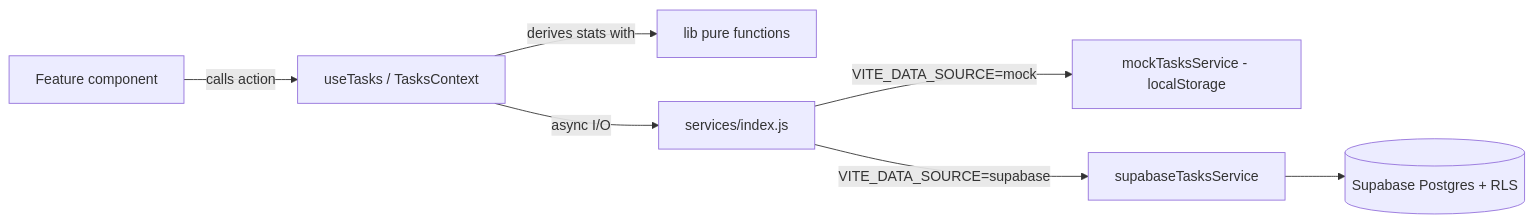
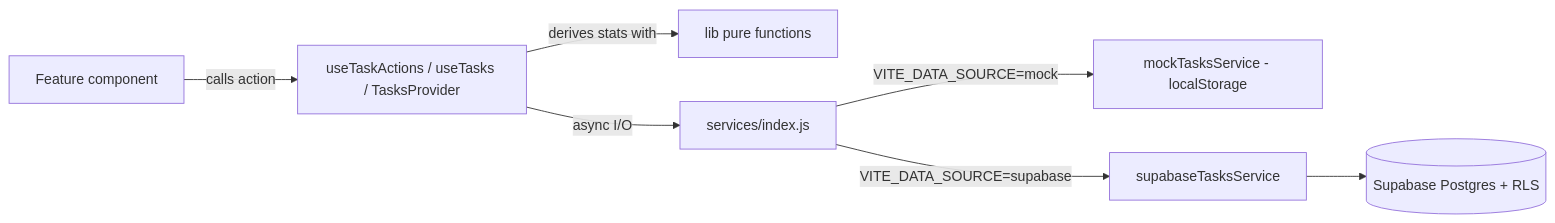
One commit to linaalzalan-eng/NEXTU-Project changed the diagram in docs/ARCHITECTURE.md. Above: the diagram before and after it, drawn with Mermaid. The commit also changed other lines of this file and 67 other files, not shown here.

````diff
--- a/docs/ARCHITECTURE.md
+++ b/docs/ARCHITECTURE.md
@@ -128,9 +132,9 @@
 ```mermaid
 flowchart LR
-    UI[Feature component] -->|calls action| Hook[useTasks / TasksContext]
+    UI[Feature component] -->|calls action| Hook[useTaskActions / useTasks / TasksProvider]
     Hook -->|derives stats with| Lib[lib pure functions]
     Hook -->|async I/O| Svc[services/index.js]
     Svc -->|VITE_DATA_SOURCE=mock| Mock[mockTasksService - localStorage]
     Svc -->|VITE_DATA_SOURCE=supabase| Supa[supabaseTasksService]
     Supa --> DB[(Supabase Postgres + RLS)]
 ```
````
